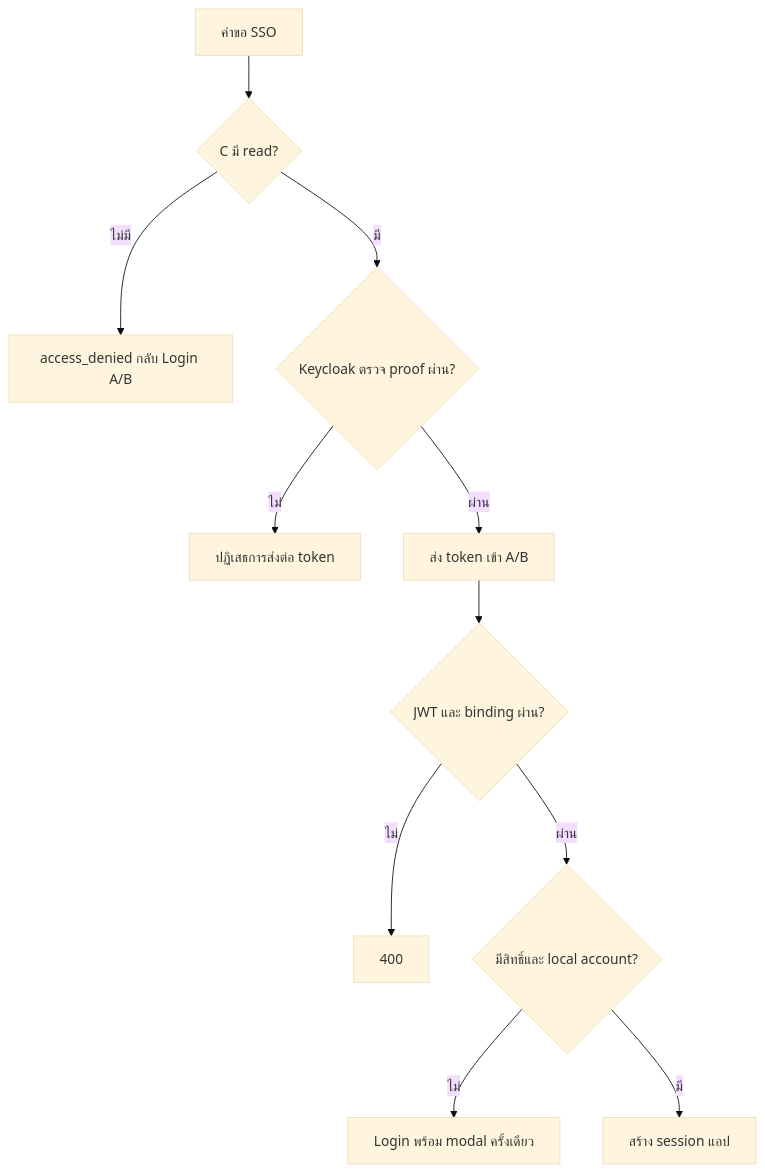
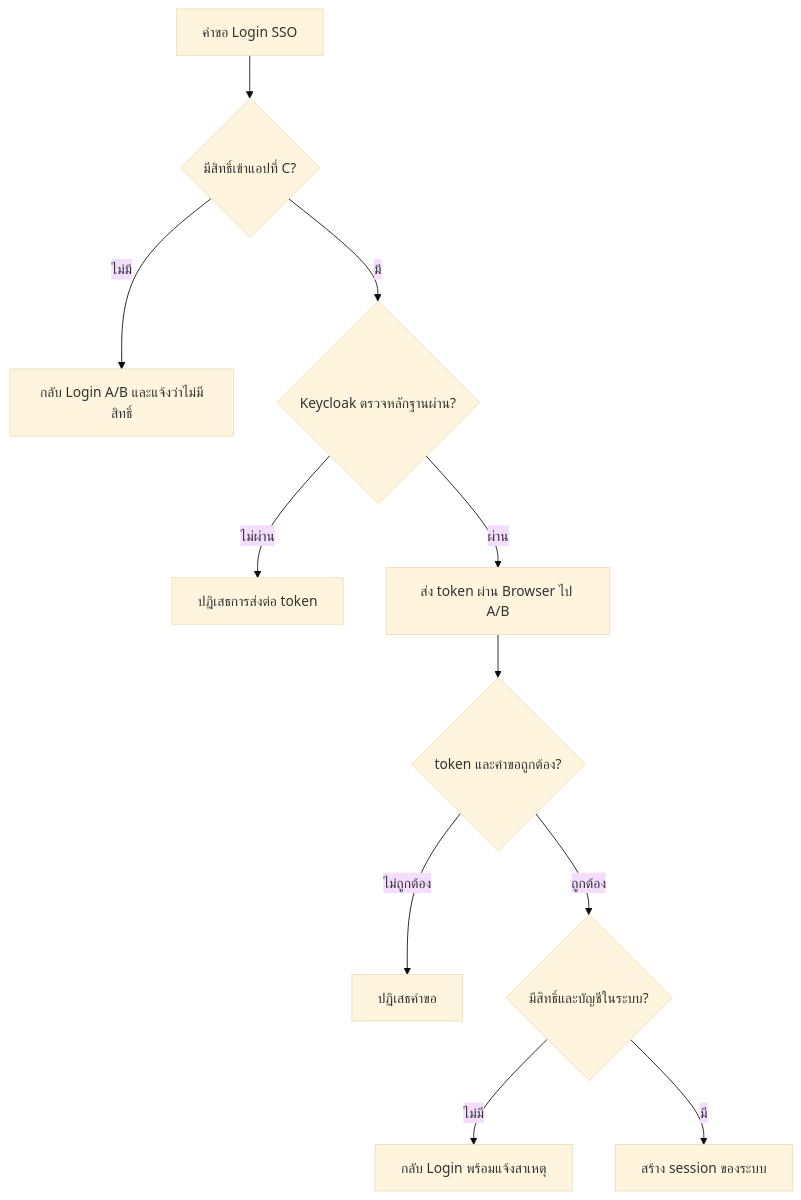
One commit to Sin1apachai/poc_sso changed the tenth of 22 diagrams in docs/flows/LOGIN-AND-SESSION.md. Above: the diagram before and after it, drawn with Mermaid (base theme). The commit also changed other lines of this file and 69 other files, not shown here.

Commit message:
Add IdP heartbeat, Keycloak API collection and revised SSO guides

````diff
--- a/docs/flows/LOGIN-AND-SESSION.md
+++ b/docs/flows/LOGIN-AND-SESSION.md
@@ -247,13 +250,13 @@
 ```mermaid
 flowchart TD
-S[คำขอ SSO] --> C{C มี read?}
-    C -->|ไม่มี| D[access_denied กลับ Login A/B]
-    C -->|มี| K{Keycloak ตรวจ proof ผ่าน?}
-    K -->|ไม่| E[ปฏิเสธการส่งต่อ token]
-    K -->|ผ่าน| T[ส่ง token เข้า A/B]
-    T --> V{JWT และ binding ผ่าน?}
-    V -->|ไม่| B[400]
-    V -->|ผ่าน| A{มีสิทธิ์และ local account?}
-    A -->|ไม่| M[Login พร้อม modal ครั้งเดียว]
-    A -->|มี| H[สร้าง session แอป]
+    S[คำขอ Login SSO] --> C{มีสิทธิ์เข้าแอปที่ C?}
+    C -->|ไม่มี| D[กลับ Login A/B และแจ้งว่าไม่มีสิทธิ์]
+    C -->|มี| K{Keycloak ตรวจหลักฐานผ่าน?}
+    K -->|ไม่ผ่าน| E[ปฏิเสธการส่งต่อ token]
+    K -->|ผ่าน| T[ส่ง token ผ่าน Browser ไป A/B]
+    T --> V{token และคำขอถูกต้อง?}
+    V -->|ไม่ถูกต้อง| B[ปฏิเสธคำขอ]
+    V -->|ถูกต้อง| A{มีสิทธิ์และบัญชีในระบบ?}
+    A -->|ไม่มี| M[กลับ Login พร้อมแจ้งสาเหตุ]
+    A -->|มี| H[สร้าง session ของระบบ]
 ```
````
